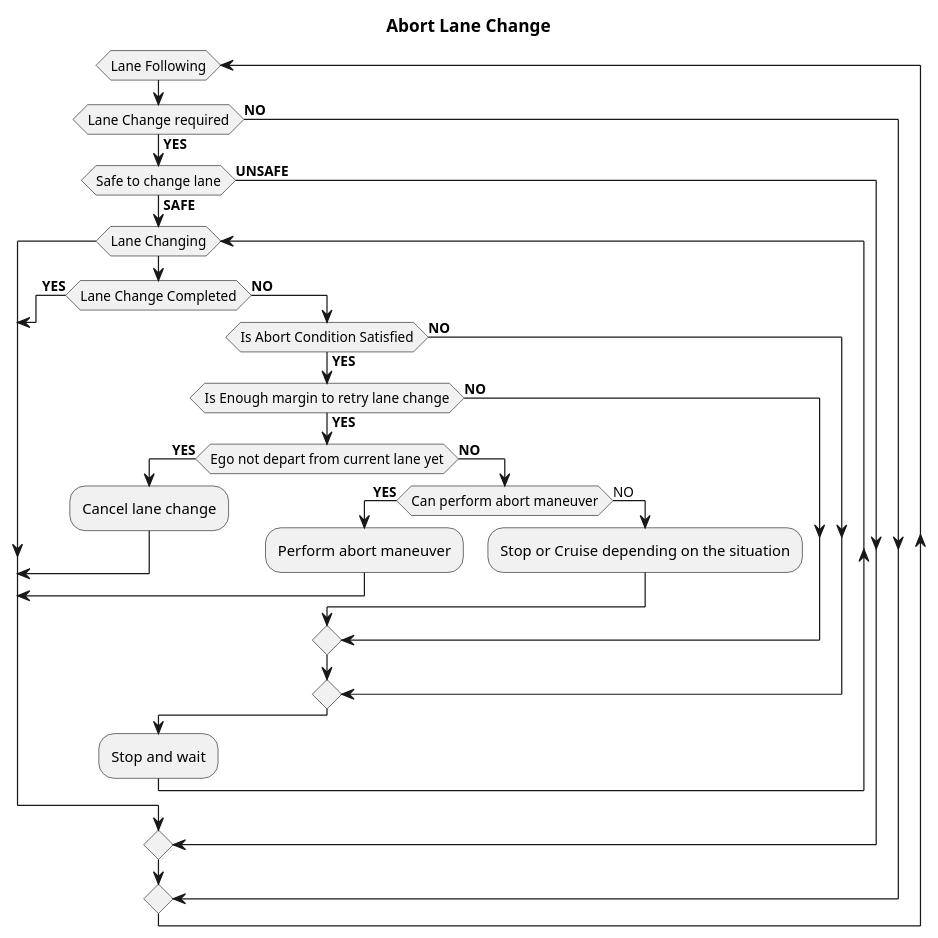
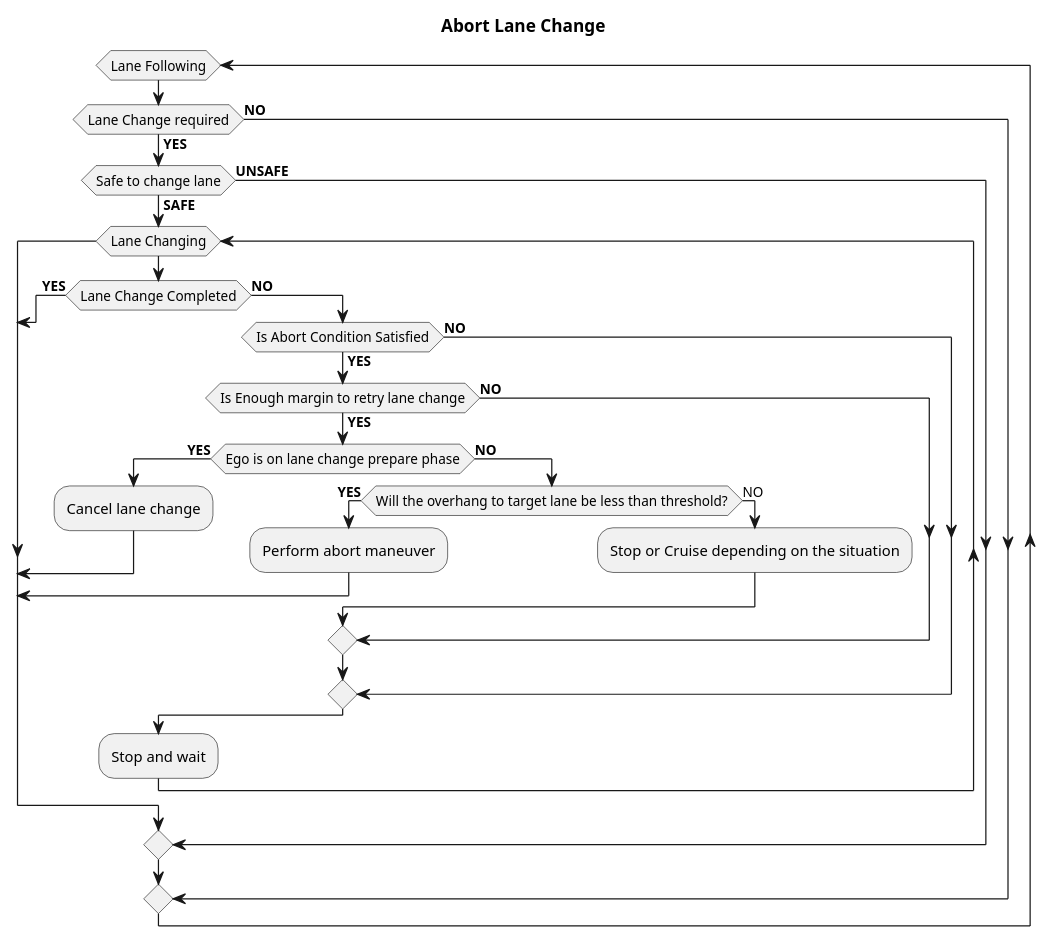
Before and after one commit to autowarefoundation/autoware: the second of 2 diagrams in planning/behavior_path_planner/docs/behavior_path_planner_lane_change_design.md, drawn with PlantUML. The commit also changed other lines of this file, not shown here.

First line of the commit message:
docs(lane_change): fix document for lane change (#4732)

````diff
--- a/planning/behavior_path_planner/docs/behavior_path_planner_lane_change_design.md
+++ b/planning/behavior_path_planner/docs/behavior_path_planner_lane_change_design.md
@@ -201,43 +195,43 @@
 ```plantuml
 @startuml
 skinparam monochrome true
 skinparam defaultTextAlignment center
 
 title Abort Lane Change
 
 while(Lane Following)
   if (Lane Change required) then (**YES**)
     if (Safe to change lane) then (**SAFE**)
       while(Lane Changing)
         if (Lane Change Completed) then (**YES**)
         break
         else (**NO**)
           if (Is Abort Condition Satisfied) then (**NO**)
           else (**YES**)
             if (Is Enough margin to retry lane change) then (**YES**)
-              if (Ego not depart from current lane yet) then (**YES**)
+              if (Ego is on lane change prepare phase) then (**YES**)
               :Cancel lane change;
               break
               else (**NO**)
-              if (Can perform abort maneuver) then (**YES**)
+              if (Will the overhang to target lane be less than threshold?) then (**YES**)
               :Perform abort maneuver;
               break
               else (NO)
               :Stop or Cruise depending on the situation;
               endif
             endif
           else (**NO**)
           endif
         endif
         endif
       :Stop and wait;
       endwhile
     else (**UNSAFE**)
     endif
   else (**NO**)
   endif
 endwhile
 -[hidden]->
 detach
 @enduml
 ```
````
